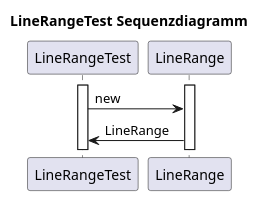
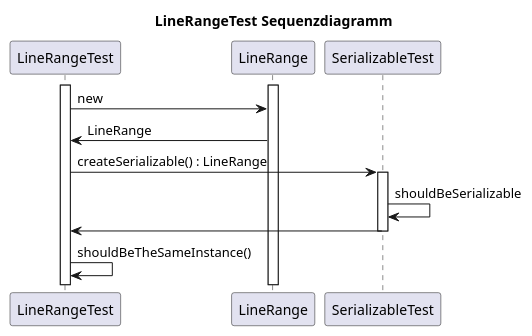
Before and after one commit to jenkinsci/analysis-model: the diagram in doc/SerializableSequenceDiagram.puml, drawn with PlantUML.

Commit message:
added sequence diagram

```diff
--- a/doc/SerializableSequenceDiagram.puml
+++ b/doc/SerializableSequenceDiagram.puml
@@ -1,13 +1,19 @@
 @startuml
 
 title LineRangeTest Sequenzdiagramm
 
 participant LineRangeTest
 participant LineRange
+participant SerializableTest
 
 activate LineRangeTest
 activate LineRange
 LineRangeTest -> LineRange : new
 LineRange -> LineRangeTest : LineRange
-
+LineRangeTest -> SerializableTest : createSerializable() : LineRange
+activate SerializableTest
+SerializableTest -> SerializableTest : shouldBeSerializable
+SerializableTest -> LineRangeTest
+deactivate SerializableTest
+LineRangeTest -> LineRangeTest : shouldBeTheSameInstance()
 @enduml
```
